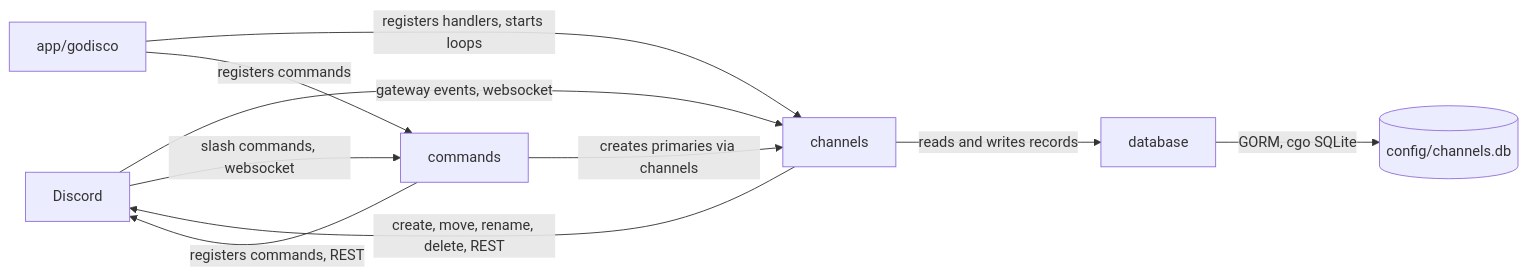
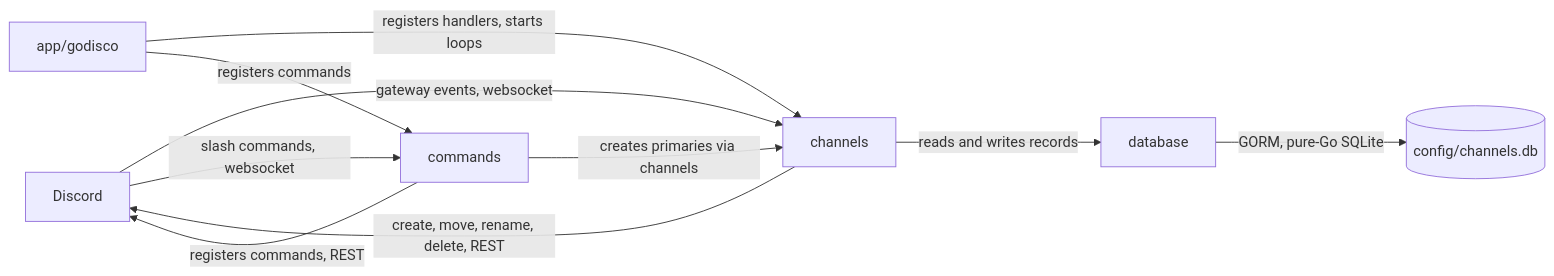
Before and after one commit to Haibread/godisco: the diagram in ARCHITECTURE.md, drawn with Mermaid. The commit also changed other lines of this file and 7 other files, not shown here.

First line of the commit message:
build: switch to a pure-Go sqlite driver

````diff
--- a/ARCHITECTURE.md
+++ b/ARCHITECTURE.md
@@ -10,19 +10,19 @@
 ```mermaid
 flowchart LR
     discord["Discord"]
     main["app/godisco"]
     channels["channels"]
     commands["commands"]
     database["database"]
     sqlite[("config/channels.db")]
 
     discord -->|"gateway events, websocket"| channels
     discord -->|"slash commands, websocket"| commands
     channels -->|"create, move, rename, delete, REST"| discord
     commands -->|"registers commands, REST"| discord
     main -->|"registers handlers, starts loops"| channels
     main -->|"registers commands"| commands
     channels -->|"reads and writes records"| database
     commands -->|"creates primaries via channels"| channels
-    database -->|"GORM, cgo SQLite"| sqlite
+    database -->|"GORM, pure-Go SQLite"| sqlite
 ```
````
